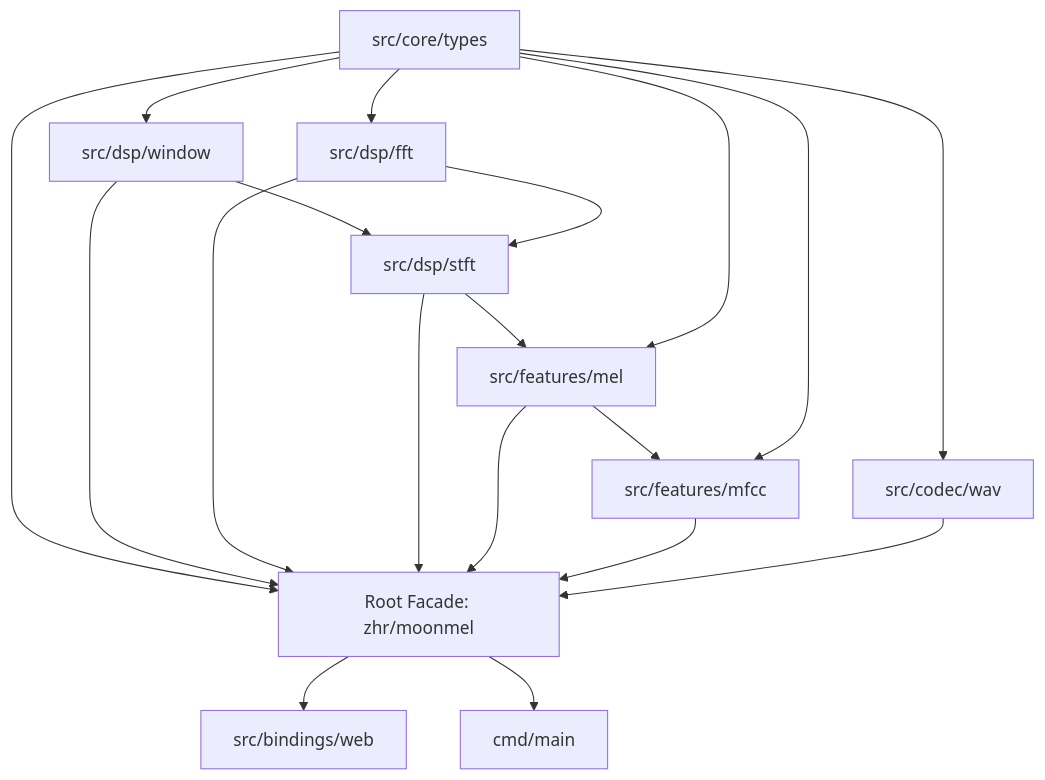
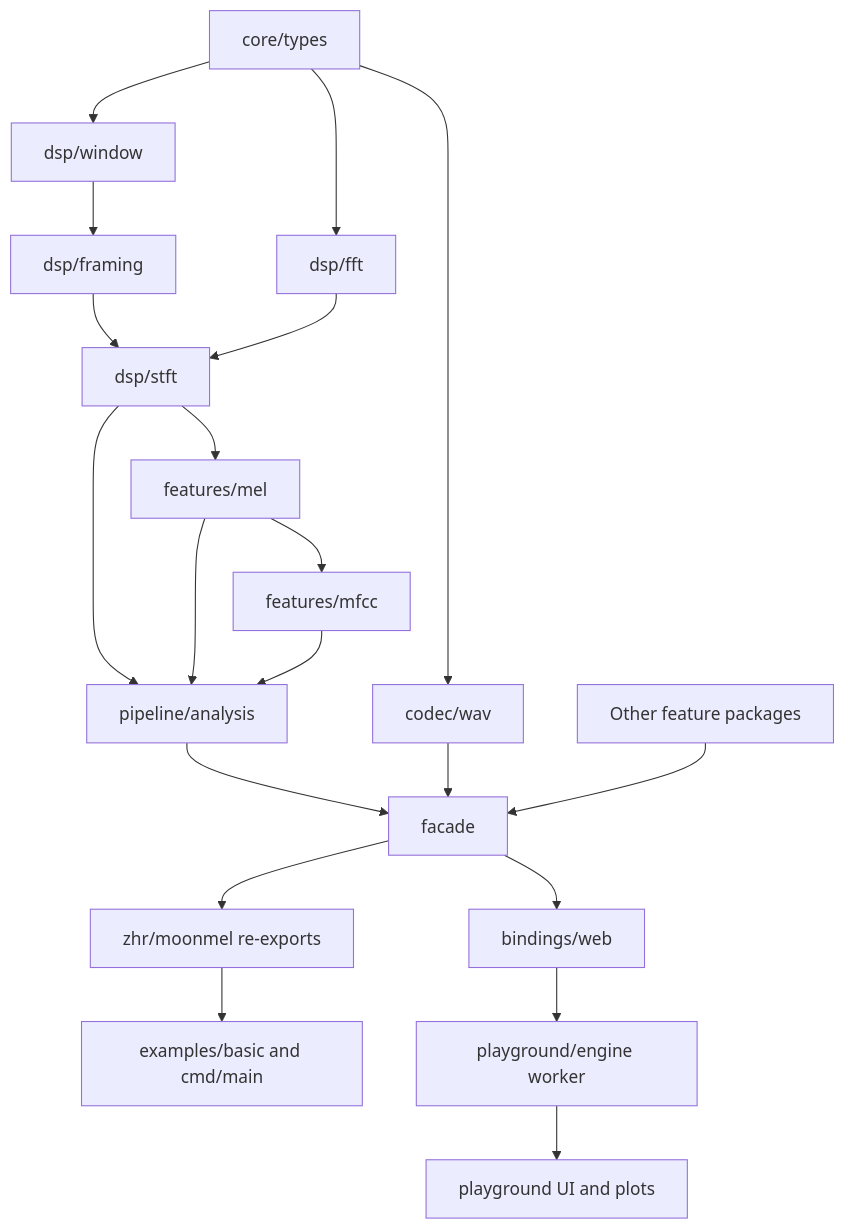
One commit to 1zhouhaoran1/MoonMel changed the diagram in docs/en/ARCHITECTURE.md. Above: the diagram before and after it, drawn with Mermaid. The commit also changed other lines of this file and 58 other files, not shown here.

````diff
--- a/docs/en/ARCHITECTURE.md
+++ b/docs/en/ARCHITECTURE.md
@@ -20,23 +7,22 @@
 ```mermaid
-graph TD
-    A[src/core/types] --> B[src/dsp/window]
-    A --> C[src/dsp/fft]
-    A --> G[src/codec/wav]
-    B --> D[src/dsp/stft]
-    C --> D
-    D --> E[src/features/mel]
-    E --> F[src/features/mfcc]
-    A --> E
-    A --> F
-    
-    A --> Facade[Root Facade: zhr/moonmel]
-    B --> Facade
-    C --> Facade
-    D --> Facade
-    E --> Facade
-    F --> Facade
-    G --> Facade
-
-    Facade --> Web[src/bindings/web]
-    Facade --> CLI[cmd/main]
+flowchart TD
+  Types[core/types] --> Window[dsp/window]
+  Types --> FFT[dsp/fft]
+  Window --> Framing[dsp/framing]
+  Framing --> STFT[dsp/stft]
+  FFT --> STFT
+  STFT --> Mel[features/mel]
+  Mel --> MFCC[features/mfcc]
+  STFT --> Analysis[pipeline/analysis]
+  Mel --> Analysis
+  MFCC --> Analysis
+  Types --> WAV[codec/wav]
+  Analysis --> Facade[facade]
+  WAV --> Facade
+  Features[Other feature packages] --> Facade
+  Facade --> Root[zhr/moonmel re-exports]
+  Facade --> Web[bindings/web]
+  Root --> Example[examples/basic and cmd/main]
+  Web --> Worker[playground/engine worker]
+  Worker --> UI[playground UI and plots]
 ```
````
